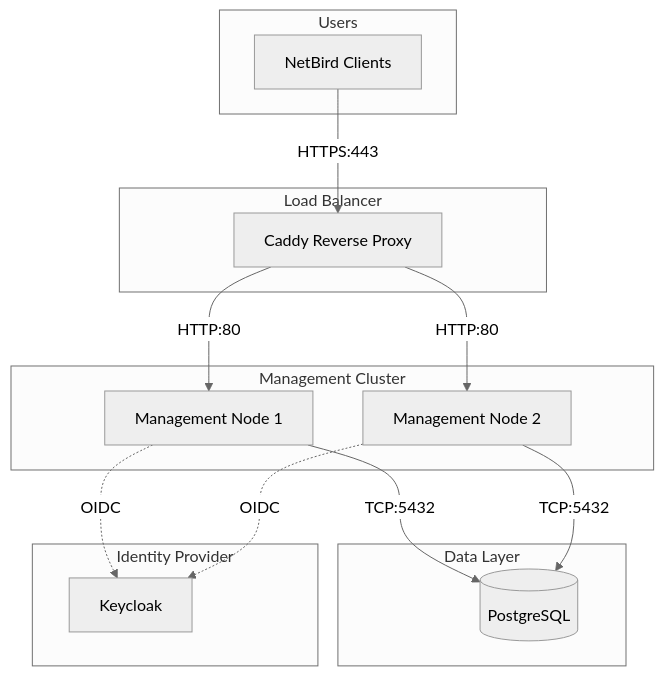
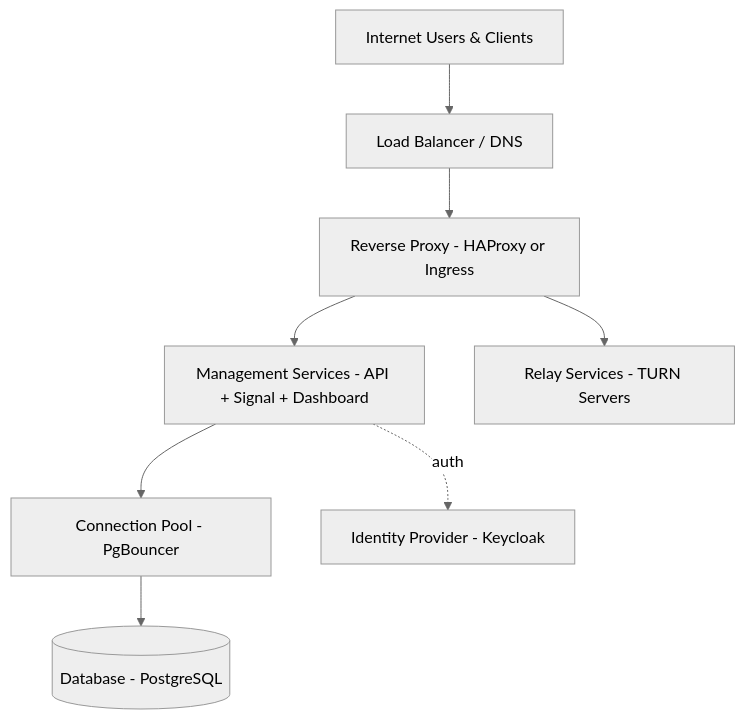
Before and after one commit to ADORSYS-GIS/netbird: the first of 2 diagrams in docs/architecture.md, drawn with Mermaid (neutral theme). The commit also changed other lines of this file and 65 other files, not shown here.

First line of the commit message:
docs: remove Keepalived and add architecture diagrams

````diff
--- a/docs/architecture.md
+++ b/docs/architecture.md
@@ -7,31 +14,19 @@
 ```mermaid
 graph TB
-    subgraph "Users"
-        C[NetBird Clients]
-    end
+    Internet[Internet Users & Clients]
+    LB[Load Balancer / DNS]
+    Proxy[Reverse Proxy - HAProxy or Ingress]
+    Management[Management Services - API + Signal + Dashboard]
+    Relay[Relay Services - TURN Servers]
+    Pool[Connection Pool - PgBouncer]
+    Database[(Database - PostgreSQL)]
+    Auth[Identity Provider - Keycloak]
     
-    subgraph "Load Balancer"
-        LB[Caddy Reverse Proxy]
-    end
-    
-    subgraph "Management Cluster"
-        M1[Management Node 1]
-        M2[Management Node 2]
-    end
-    
-    subgraph "Data Layer"
-        PG[(PostgreSQL)]
-    end
-    
-    subgraph "Identity Provider"
-        KC[Keycloak]
-    end
-    
-    C -->|HTTPS:443| LB
-    LB -->|HTTP:80| M1
-    LB -->|HTTP:80| M2
-    M1 -->|TCP:5432| PG
-    M2 -->|TCP:5432| PG
-    M1 -.->|OIDC| KC
-    M2 -.->|OIDC| KC
+    Internet --> LB
+    LB --> Proxy
+    Proxy --> Management
+    Proxy --> Relay
+    Management --> Pool
+    Pool --> Database
+    Management -.auth.-> Auth
 ```
````
